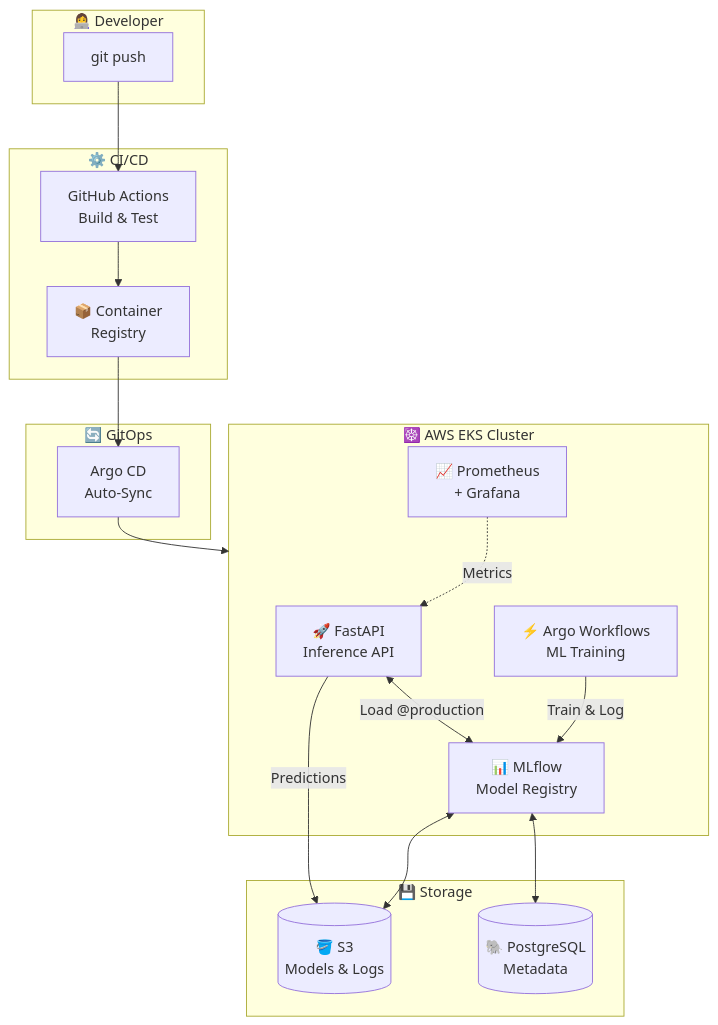
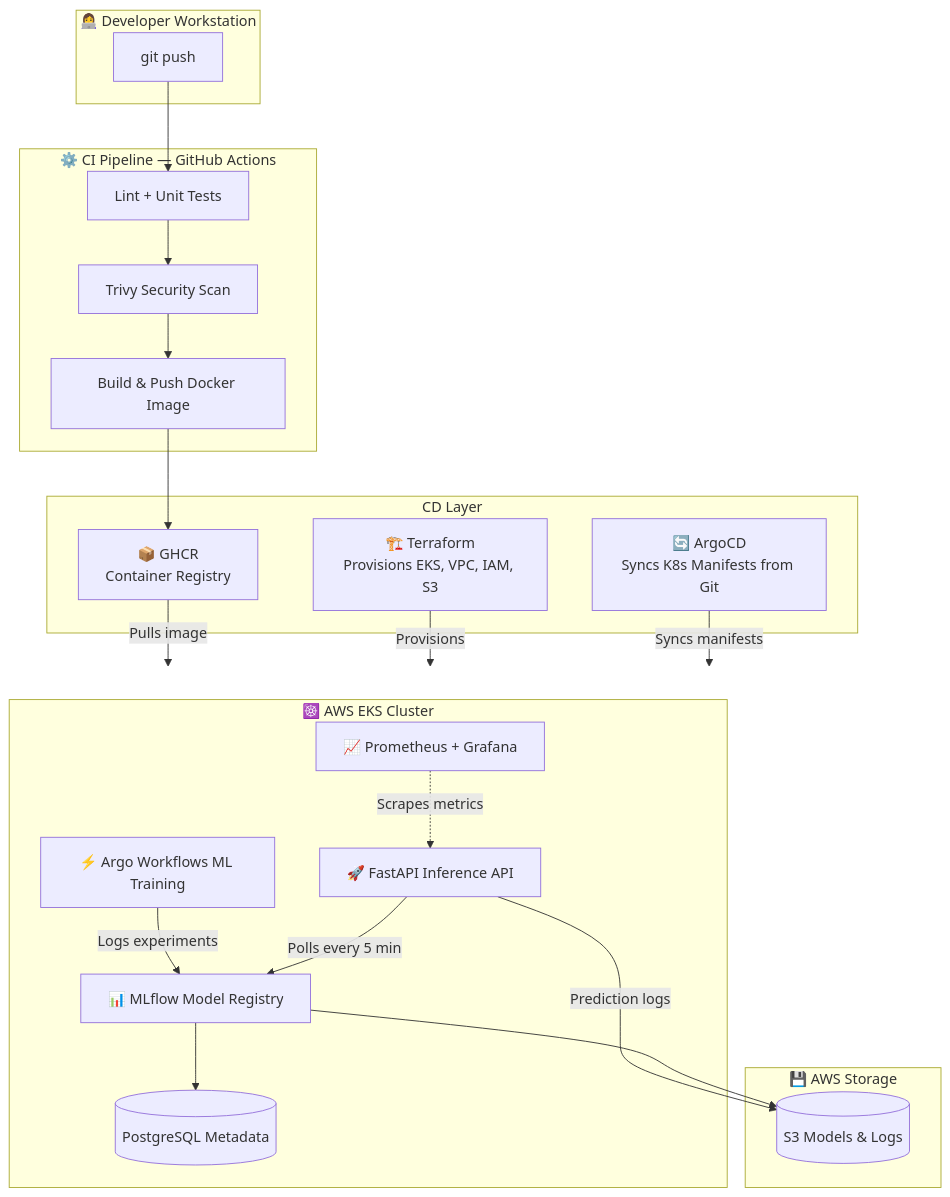
One commit to surabhisahay03/cloudguard-sentinel changed the diagram in README.md. Above: the diagram before and after it, drawn with Mermaid.

Commit message:
Update architecture diagram in README.md

````diff
--- a/README.md
+++ b/README.md
@@ -11,36 +11,44 @@
 ```mermaid
-flowchart TB
-    subgraph Dev["👩‍💻 Developer"]
+flowchart TD
+    subgraph Dev["👩‍💻 Developer Workstation"]
         Push["git push"]
     end
 
-    subgraph CI["⚙️ CI/CD"]
-        GHA["GitHub Actions<br/>Build & Test"]
-        GHCR["📦 Container<br/>Registry"]
+    subgraph CI["⚙️ CI Pipeline — GitHub Actions"]
+        Lint["Lint + Unit Tests"]
+        Scan["Trivy Security Scan"]
+        Build["Build & Push Docker Image"]
     end
 
-    subgraph GitOps["🔄 GitOps"]
-        ArgoCD["Argo CD<br/>Auto-Sync"]
+    subgraph Feeders["CD Layer"]
+        GHCR["📦 GHCR<br/>Container Registry"]
+        TF["🏗️ Terraform<br/>Provisions EKS, VPC, IAM, S3"]
+        Argo["🔄 ArgoCD<br/>Syncs K8s Manifests from Git"]
     end
 
     subgraph EKS["☸️ AWS EKS Cluster"]
-        API["🚀 FastAPI<br/>Inference API"]
-        MLflow["📊 MLflow<br/>Model Registry"]
-        Training["⚡ Argo Workflows<br/>ML Training"]
-        Monitor["📈 Prometheus<br/>+ Grafana"]
-    end
-
-    subgraph Storage["💾 Storage"]
-        S3[("🪣 S3<br/>Models & Logs")]
+        Monitor["📈 Prometheus + Grafana"]
+        API["🚀 FastAPI Inference API"]
+        Training["⚡ Argo Workflows ML Training"]
+        MLflow["📊 MLflow Model Registry"]
         PG[("🐘 PostgreSQL<br/>Metadata")]
     end
 
-    Push --> GHA --> GHCR --> ArgoCD --> EKS
+    subgraph Storage["💾 AWS Storage"]
+        S3[("S3 Models & Logs")]
+        PG[("PostgreSQL Metadata")]
+    end
 
-    Training -->|"Train & Log"| MLflow
-    MLflow <--> S3
-    MLflow <--> PG
-    API <-->|"Load @production"| MLflow
-    API -->|"Predictions"| S3
-    Monitor -.->|"Metrics"| API
+    Push --> Lint --> Scan --> Build --> GHCR
+
+    GHCR -->|"Pulls image"| EKS
+    TF -->|"Provisions"| EKS
+    Argo -->|"Syncs manifests"| EKS
+
+    Monitor -.->|"Scrapes metrics"| API
+    Training -->|"Logs experiments"| MLflow
+    API -->|"Polls every 5 min"| MLflow
+    API -->|"Prediction logs"| S3
+    MLflow --> S3
+    MLflow --> PG
 ```
````
